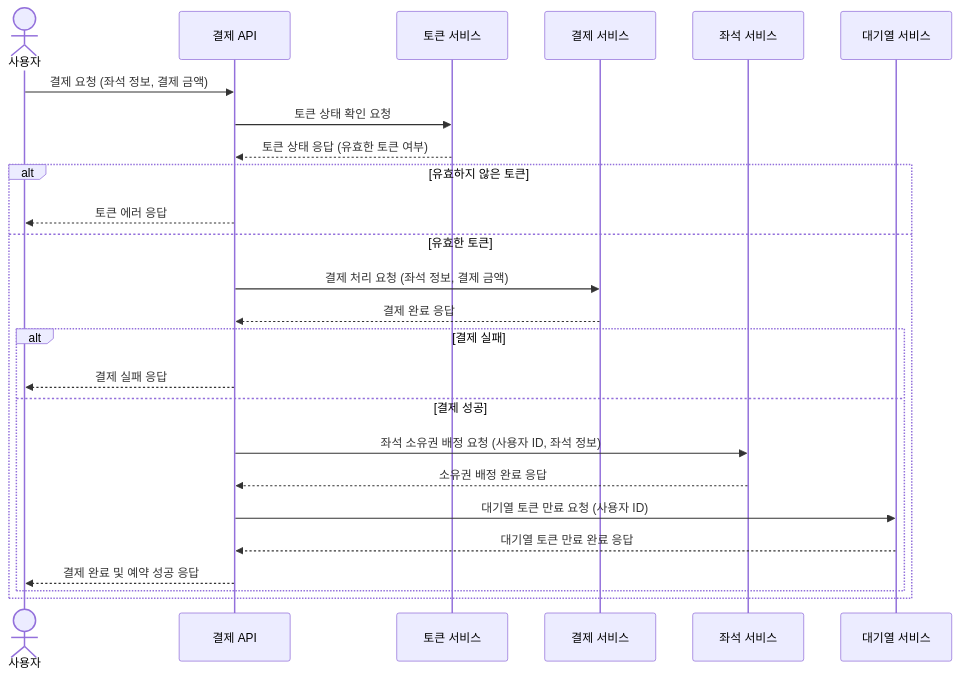
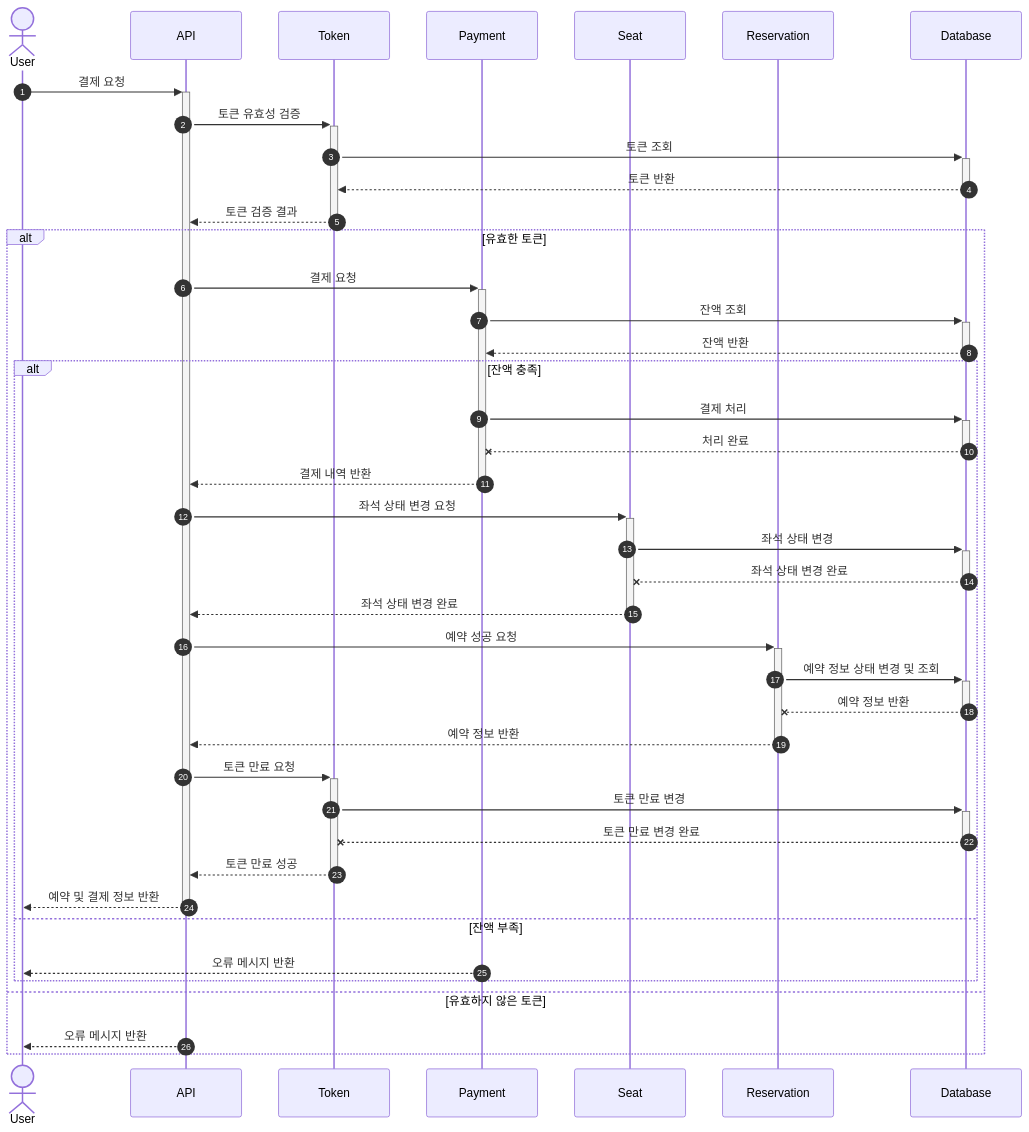
One commit to Kook-s/Concert changed the seventh of 7 diagrams in doc/sequence.md. Above: the diagram before and after it, drawn with Mermaid. The commit also changed other lines of this file and 2 other files, not shown here.

````diff
--- a/doc/sequence.md
+++ b/doc/sequence.md
@@ -167,31 +156,45 @@
-```mermaid
+``` mermaid
 sequenceDiagram
-    actor Client as 사용자
-    participant API as 결제 API
-    participant Token as 토큰 서비스
-    participant Payment as 결제 서비스
-    participant Seat as 좌석 서비스
-    participant Queue as 대기열 서비스
-
-    Client ->> API: 결제 요청 (좌석 정보, 결제 금액)
-    API ->> Token: 토큰 상태 확인 요청
-    Token -->> API: 토큰 상태 응답 (유효한 토큰 여부)
-
-    alt 유효하지 않은 토큰
-        API -->> Client: 토큰 에러 응답
-    else 유효한 토큰
-        API ->> Payment: 결제 처리 요청 (좌석 정보, 결제 금액)
-        Payment -->> API: 결제 완료 응답
-
-        alt 결제 실패
-            API -->> Client: 결제 실패 응답
-
-        else 결제 성공
-            API ->> Seat: 좌석 소유권 배정 요청 (사용자 ID, 좌석 정보)
-            Seat -->> API: 소유권 배정 완료 응답
-            API ->> Queue: 대기열 토큰 만료 요청 (사용자 ID)
-            Queue -->> API: 대기열 토큰 만료 완료 응답
-            API -->> Client: 결제 완료 및 예약 성공 응답
-        end
-    end
+	autonumber
+	
+	actor User
+	participant API
+	participant Token
+	participant Payment
+	participant Seat
+	participant Reservation
+	participant Database
+	
+	User ->> +API: 결제 요청
+	API ->> +Token: 토큰 유효성 검증
+	Token ->> +Database: 토큰 조회
+	Database -->> -Token: 토큰 반환
+	Token -->> -API: 토큰 검증 결과
+	alt 유효한 토큰
+	API ->> +Payment: 결제 요청
+	Payment ->> +Database: 잔액 조회
+	Database -->> -Payment: 잔액 반환
+	alt 잔액 충족
+	Payment ->> +Database: 결제 처리
+	Database --x -Payment: 처리 완료
+	Payment -->> -API: 결제 내역 반환
+	API ->> +Seat: 좌석 상태 변경 요청
+	Seat ->> +Database: 좌석 상태 변경
+	Database --x -Seat: 좌석 상태 변경 완료
+	Seat -->> -API: 좌석 상태 변경 완료
+	API ->> +Reservation: 예약 성공 요청
+	Reservation ->> +Database: 예약 정보 상태 변경 및 조회
+	Database --x -Reservation: 예약 정보 반환
+	Reservation -->> -API: 예약 정보 반환
+	API ->> +Token: 토큰 만료 요청
+	Token ->> +Database: 토큰 만료 변경
+	Database --x -Token: 토큰 만료 변경 완료
+	Token -->> -API: 토큰 만료 성공
+	API -->> -User: 예약 및 결제 정보 반환
+	else 잔액 부족
+	Payment -->> User: 오류 메시지 반환
+	end
+	else 유효하지 않은 토큰
+	API -->> User: 오류 메시지 반환
+	end
 ```
````
